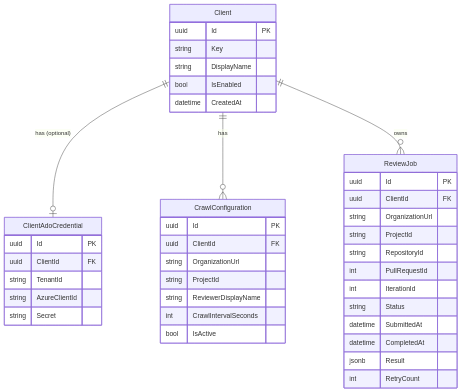
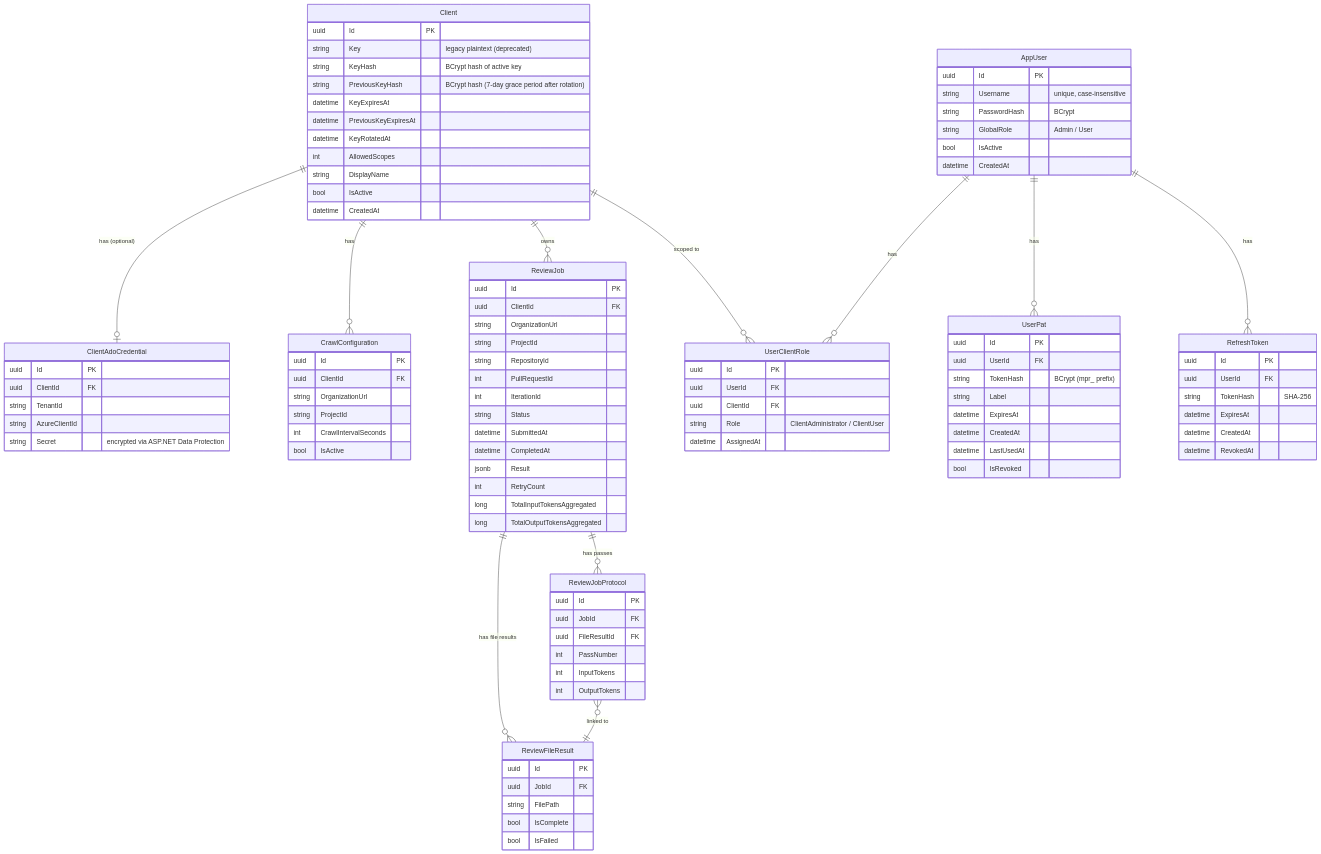
Before and after one commit to meister-dev-ai/propr: the eighth of 8 diagrams in docs/architecture.md, drawn with Mermaid. The commit also changed other lines of this file and 99 other files, not shown here.

````diff
--- a/docs/architecture.md
+++ b/docs/architecture.md
@@ -161,9 +219,15 @@
 erDiagram
     Client {
         uuid Id PK
-        string Key
+        string Key "legacy plaintext (deprecated)"
+        string KeyHash "BCrypt hash of active key"
+        string PreviousKeyHash "BCrypt hash (7-day grace period after rotation)"
+        datetime KeyExpiresAt
+        datetime PreviousKeyExpiresAt
+        datetime KeyRotatedAt
+        int AllowedScopes
         string DisplayName
-        bool IsEnabled
+        bool IsActive
         datetime CreatedAt
     }
 
@@ -172,7 +236,7 @@
         uuid ClientId FK
         string TenantId
         string AzureClientId
-        string Secret
+        string Secret "encrypted via ASP.NET Data Protection"
     }
 
     CrawlConfiguration {
@@ -180,7 +244,6 @@
         uuid ClientId FK
         string OrganizationUrl
         string ProjectId
-        string ReviewerDisplayName
         int CrawlIntervalSeconds
         bool IsActive
     }
@@ -198,9 +261,72 @@
         datetime CompletedAt
         jsonb Result
         int RetryCount
+        long TotalInputTokensAggregated
+        long TotalOutputTokensAggregated
+    }
+
+    ReviewJobProtocol {
+        uuid Id PK
+        uuid JobId FK
+        uuid FileResultId FK
+        int PassNumber
+        int InputTokens
+        int OutputTokens
+    }
+
+    ReviewFileResult {
+        uuid Id PK
+        uuid JobId FK
+        string FilePath
+        bool IsComplete
+        bool IsFailed
+    }
+
+    AppUser {
+        uuid Id PK
+        string Username "unique, case-insensitive"
+        string PasswordHash "BCrypt"
+        string GlobalRole "Admin / User"
+        bool IsActive
+        datetime CreatedAt
+    }
+
+    UserClientRole {
+        uuid Id PK
+        uuid UserId FK
+        uuid ClientId FK
+        string Role "ClientAdministrator / ClientUser"
+        datetime AssignedAt
+    }
+
+    UserPat {
+        uuid Id PK
+        uuid UserId FK
+        string TokenHash "BCrypt (mpr_ prefix)"
+        string Label
+        datetime ExpiresAt
+        datetime CreatedAt
+        datetime LastUsedAt
+        bool IsRevoked
+    }
+
+    RefreshToken {
+        uuid Id PK
+        uuid UserId FK
+        string TokenHash "SHA-256"
+        datetime ExpiresAt
+        datetime CreatedAt
+        datetime RevokedAt
     }
 
     Client ||--o| ClientAdoCredential : "has (optional)"
     Client ||--o{ CrawlConfiguration : "has"
     Client ||--o{ ReviewJob : "owns"
+    Client ||--o{ UserClientRole : "scoped to"
+    ReviewJob ||--o{ ReviewJobProtocol : "has passes"
+    ReviewJob ||--o{ ReviewFileResult : "has file results"
+    ReviewJobProtocol }o--|| ReviewFileResult : "linked to"
+    AppUser ||--o{ UserClientRole : "has"
+    AppUser ||--o{ UserPat : "has"
+    AppUser ||--o{ RefreshToken : "has"
 ```
````
